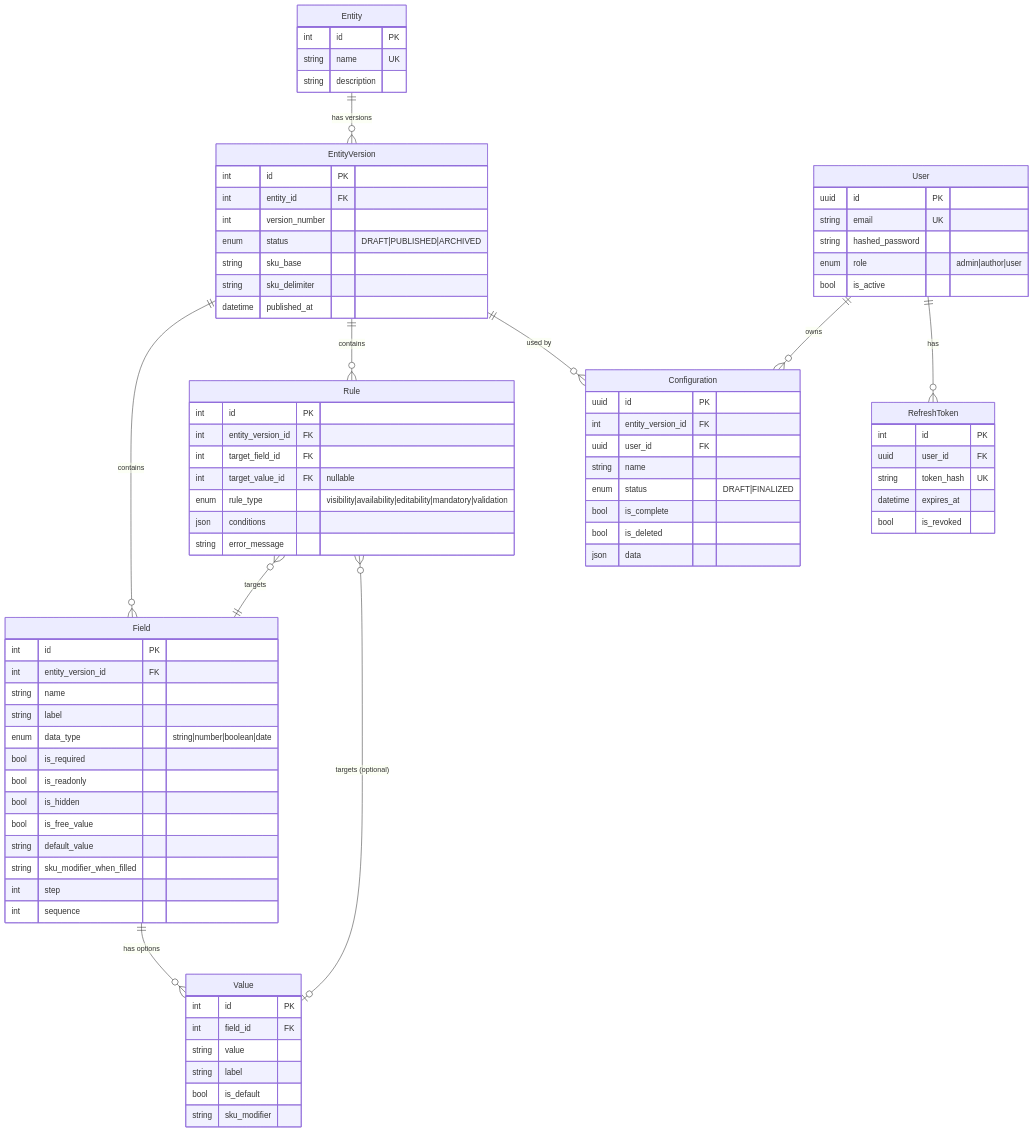
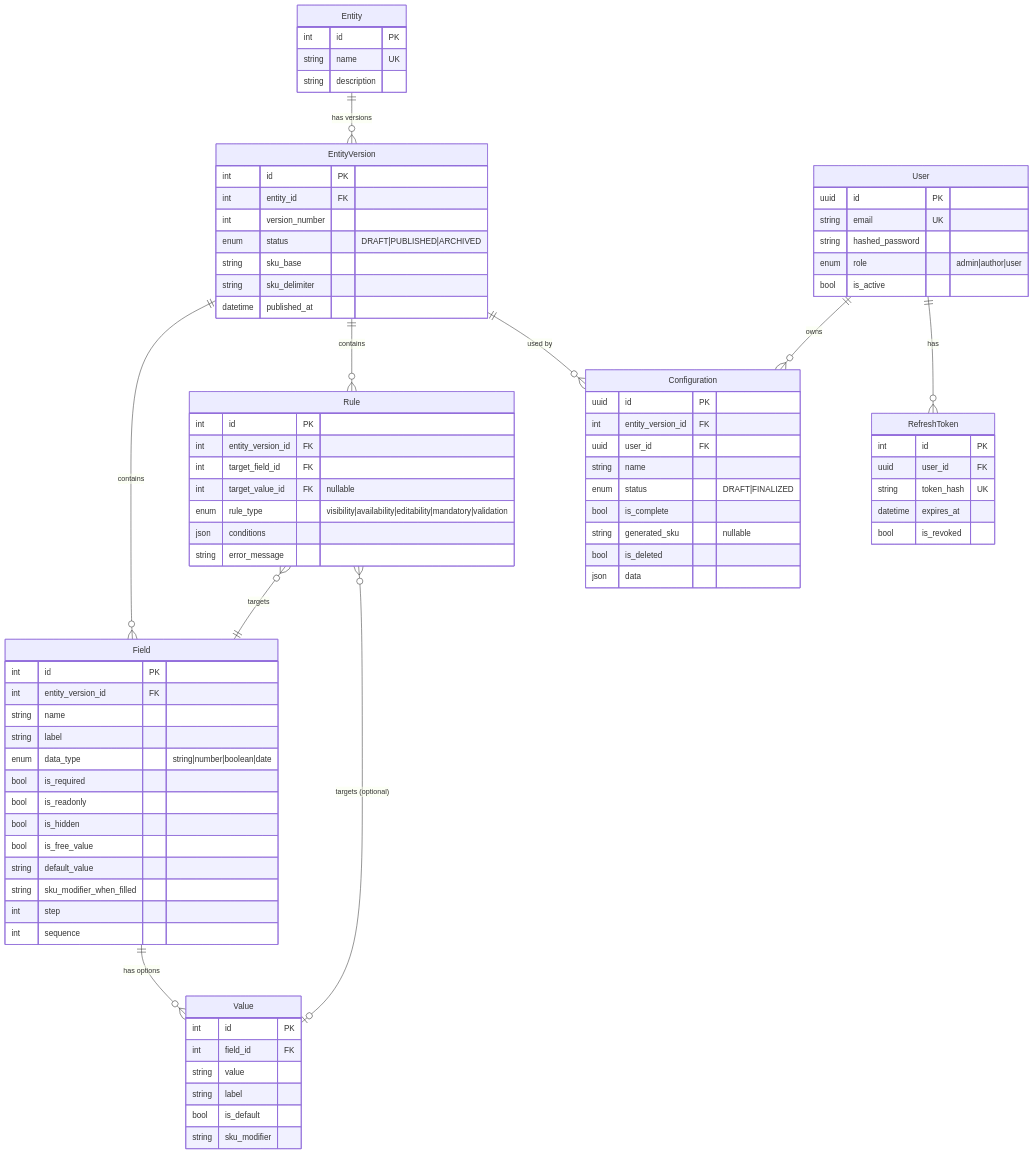
One commit to matteop3/rule_engine changed the first of 4 diagrams in README.md. Above: the diagram before and after it, drawn with Mermaid. The commit also changed other lines of this file and 12 other files, not shown here.

Commit message:
Add generated_sku caching and architectural decision records

```diff
--- a/README.md
+++ b/README.md
@@ -255,6 +255,7 @@
         string name
         enum status "DRAFT|FINALIZED"
         bool is_complete
+        string generated_sku "nullable"
         bool is_deleted
         json data
     }
```
